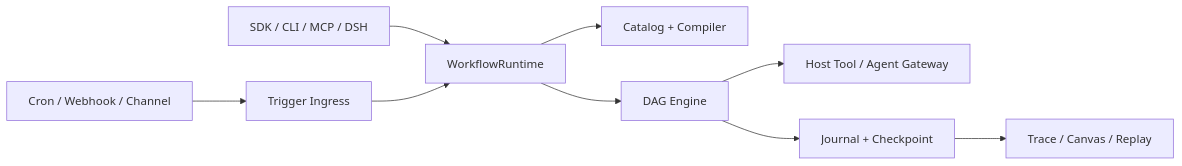
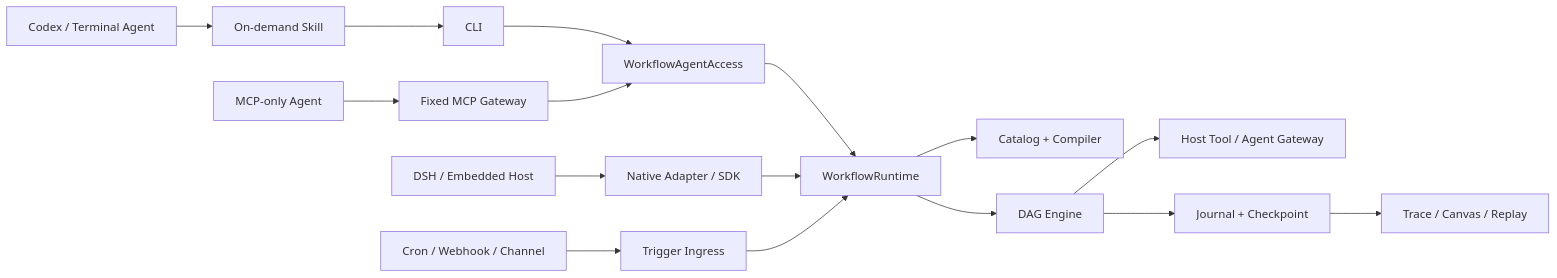
The diagram in README.md (GM-HZ/agent-dag-workflow), drawn with Mermaid before and after one commit. The commit also changed other lines of this file and 38 other files, not shown here.

Commit message:
feat: add agent-native workflow access plane

````diff
--- a/README.md
+++ b/README.md
@@ -9,10 +9,15 @@
 ```mermaid
 flowchart LR
-  A["SDK / CLI / MCP / DSH"] --> R["WorkflowRuntime"]
+  A["Codex / Terminal Agent"] --> S["On-demand Skill"] --> C0["CLI"]
+  M["MCP-only Agent"] --> G["Fixed MCP Gateway"]
+  D["DSH / Embedded Host"] --> H["Native Adapter / SDK"]
+  C0 --> X["WorkflowAgentAccess"] --> R["WorkflowRuntime"]
+  G --> X
+  H --> R
   T["Cron / Webhook / Channel"] --> I["Trigger Ingress"] --> R
   R --> C["Catalog + Compiler"]
   R --> E["DAG Engine"]
-  E --> G["Host Tool / Agent Gateway"]
+  E --> HG["Host Tool / Agent Gateway"]
   E --> J["Journal + Checkpoint"]
   J --> V["Trace / Canvas / Replay"]
 ```
````
